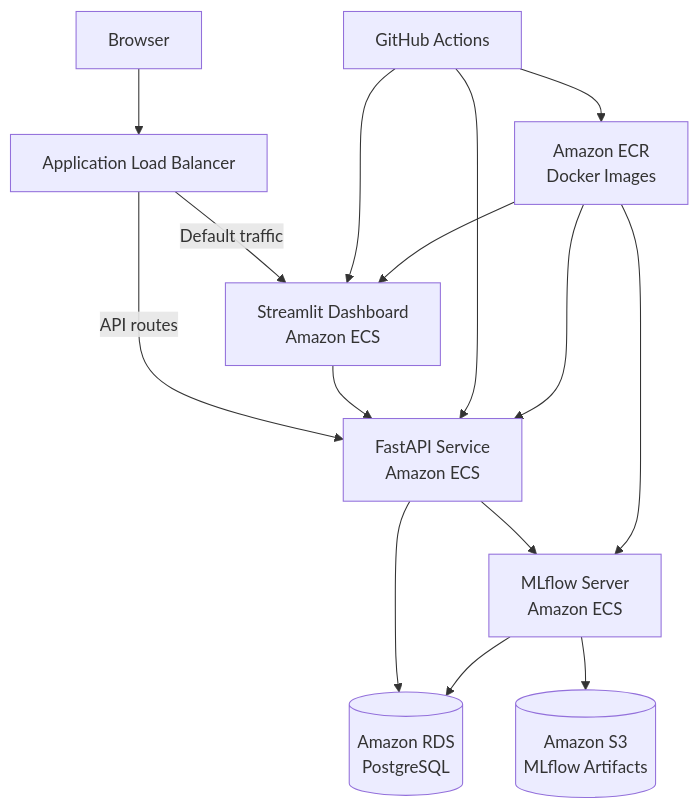
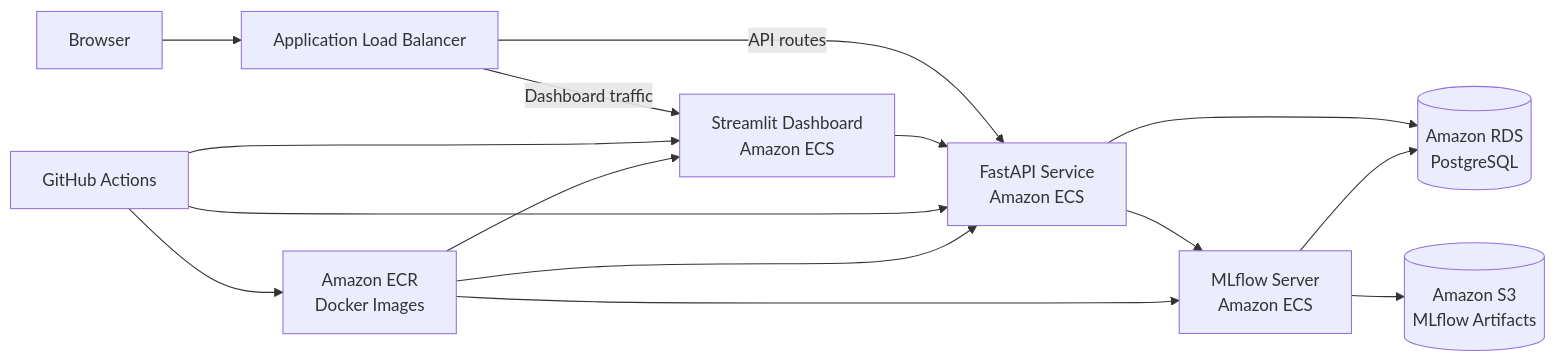
One commit to amedeone03/machineguard changed the diagram in README.md. Above: the diagram before and after it, drawn with Mermaid. The commit also changed other lines of this file, not shown here.

````diff
--- a/README.md
+++ b/README.md
@@ -325,42 +98,42 @@
 ```mermaid
-flowchart TD
+flowchart LR
 
     User[Browser]
 
     ALB[Application Load Balancer]
 
     Dashboard[Streamlit Dashboard<br/>Amazon ECS]
 
     API[FastAPI Service<br/>Amazon ECS]
 
     MLflow[MLflow Server<br/>Amazon ECS]
 
     RDS[(Amazon RDS<br/>PostgreSQL)]
 
     S3[(Amazon S3<br/>MLflow Artifacts)]
 
     ECR[Amazon ECR<br/>Docker Images]
 
     GitHub[GitHub Actions]
 
     User --> ALB
 
-    ALB -->|Default traffic| Dashboard
+    ALB -->|Dashboard traffic| Dashboard
     ALB -->|API routes| API
 
     Dashboard --> API
 
+    API --> RDS
     API --> MLflow
-    API --> RDS
 
     MLflow --> RDS
     MLflow --> S3
 
     GitHub --> ECR
     GitHub --> API
     GitHub --> Dashboard
 
     ECR --> API
     ECR --> Dashboard
     ECR --> MLflow
 ```
````
